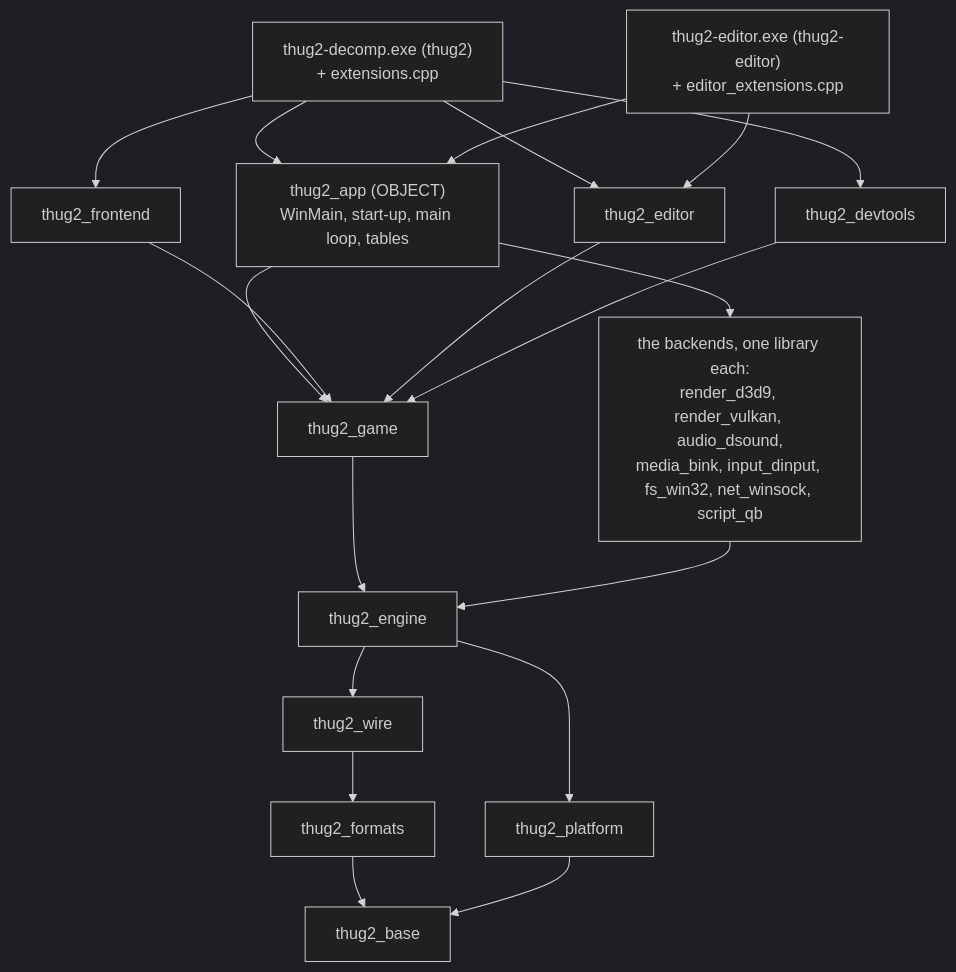
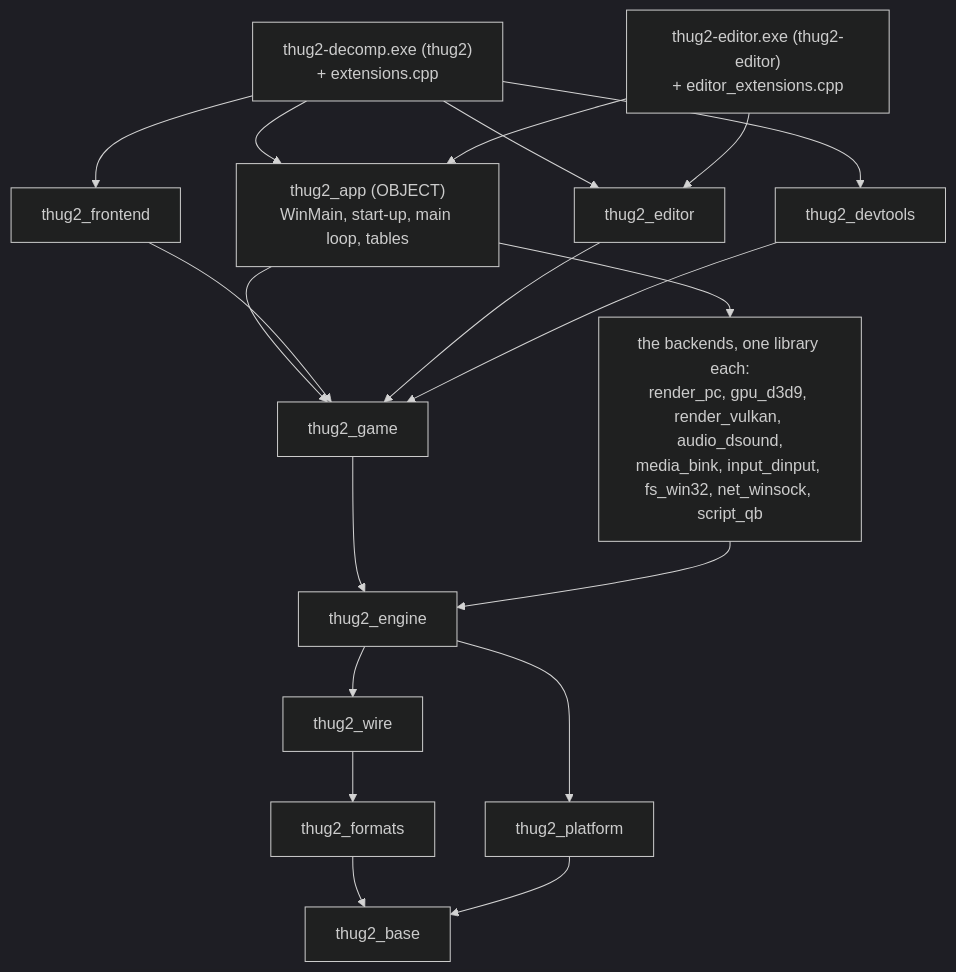
The diagram in docs/architecture.md (CanuckAussieKev/thug2-decomp), drawn with Mermaid (dark theme) before and after one commit. The commit also changed other lines of this file and 13 other files, not shown here.

Commit message:
docs, comments: architecture, vulkan design, style guide and x64 notes for render_pc / gpu_d3d9 (V5f done); render_vulkan keeps its name until V6

````diff
--- a/docs/architecture.md
+++ b/docs/architecture.md
@@ -157,35 +158,35 @@
 ```mermaid
 graph TD
     thug2["thug2-decomp.exe (thug2)<br/>+ extensions.cpp"]
     editorexe["thug2-editor.exe (thug2-editor)<br/>+ editor_extensions.cpp"]
     app["thug2_app (OBJECT)<br/>WinMain, start-up, main loop, tables"]
     frontend[thug2_frontend]
     editor[thug2_editor]
     devtools[thug2_devtools]
     game[thug2_game]
     engine[thug2_engine]
-    backends["the backends, one library each:<br/>render_d3d9, render_vulkan, audio_dsound,<br/>media_bink, input_dinput, fs_win32, net_winsock, script_qb"]
+    backends["the backends, one library each:<br/>render_pc, gpu_d3d9, render_vulkan, audio_dsound,<br/>media_bink, input_dinput, fs_win32, net_winsock, script_qb"]
     wire[thug2_wire]
     platform[thug2_platform]
     formats[thug2_formats]
     base[thug2_base]
 
     thug2 --> app
     thug2 --> frontend
     thug2 --> editor
     thug2 --> devtools
     editorexe --> app
     editorexe --> editor
     app --> game
     app --> backends
     frontend --> game
     editor --> game
     devtools --> game
     game --> engine
     backends --> engine
     engine --> wire
     engine --> platform
     wire --> formats
     formats --> base
     platform --> base
 ```
````
